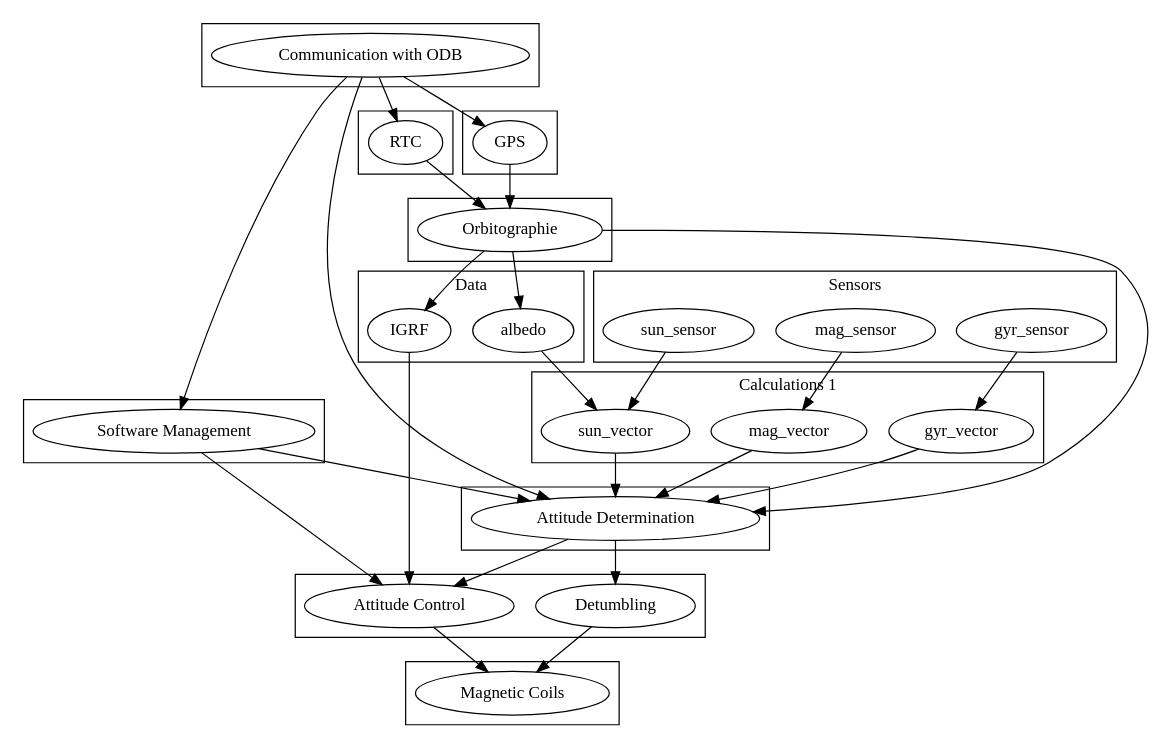
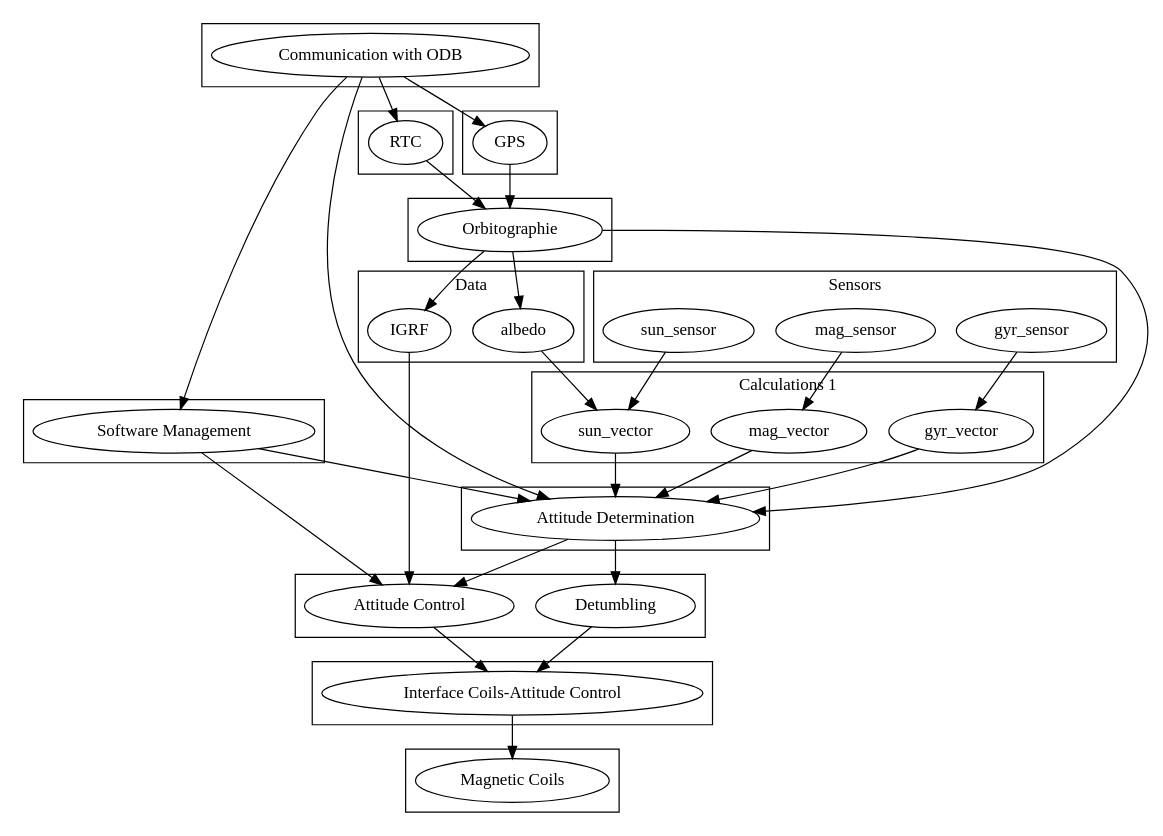
Before and after one commit to dhruvparamhans/CubeSat: the diagram in Architecture/test.dot, drawn with Graphviz. The commit also changed 1 other file, not shown here.

Commit message:
Added Node "Interface Coils-Attitude Control"

```diff
--- a/Architecture/test.dot
+++ b/Architecture/test.dot
@@ -1,108 +1,116 @@
 digraph class_structure{
 
 subgraph cluster_Communication{
 
 comm [label = "Communication with ODB"]; 
 }
+
+subgraph cluster_InterCoils{
+inter [label = "Interface Coils-Attitude Control"];
+}
+
 
 subgraph cluster_Orbitographie{
 
 orbito [label = "Orbitographie"];
 }
 
 subgraph cluster_RTC{
 
 rtc [label = "RTC"];
 }
 
 
 subgraph cluster_softmana{
 
 soft_man [label = "Software Management"];
 }
 
 
 subgraph cluster_GPS{
 GPS;
 }
 
 subgraph cluster_data{
 label = "Data";
 IGRF;
 albedo;
 }
 
 subgraph cluster_0{
 label= "Sensors";
 
 gyr_sensor; mag_sensor; sun_sensor; 
 }
 
 subgraph cluster_1{
 label = "Calculations 1";
 
 gyr_vector; mag_vector; sun_vector;
 }
 
 subgraph cluster_2{
 att_det [label ="Attitude Determination"];
 }
 
 subgraph cluster_3{
 det [label = "Detumbling"];
 att_con [label = "Attitude Control"];
 }
 
 subgraph cluster_4{
 
 mag_coils [label = "Magnetic Coils"];
 }
 
 
 sun_sensor -> sun_vector;
 
 GPS -> orbito;
 
 albedo -> sun_vector; 
 
 gyr_sensor ->gyr_vector;
 
 mag_sensor -> mag_vector;
 
 mag_vector ->att_det; 
 
 sun_vector -> att_det;
 
 gyr_vector -> att_det
 
 orbito -> att_det;
 
 att_det -> det;
 
-att_con ->mag_coils;
-
-det -> mag_coils;
-
 IGRF -> att_con;
 
 orbito -> IGRF;
 
 comm -> GPS;
 
 comm -> att_det;
 
 att_det -> att_con;
 
 comm -> soft_man;
 
 soft_man -> att_det;
 
 soft_man -> att_con;
 
 rtc -> orbito;
 
 comm -> rtc;
 
 orbito -> albedo;
 
+att_con -> inter;
+
+det -> inter; 
+
+inter -> mag_coils;
+
+
 }
```
